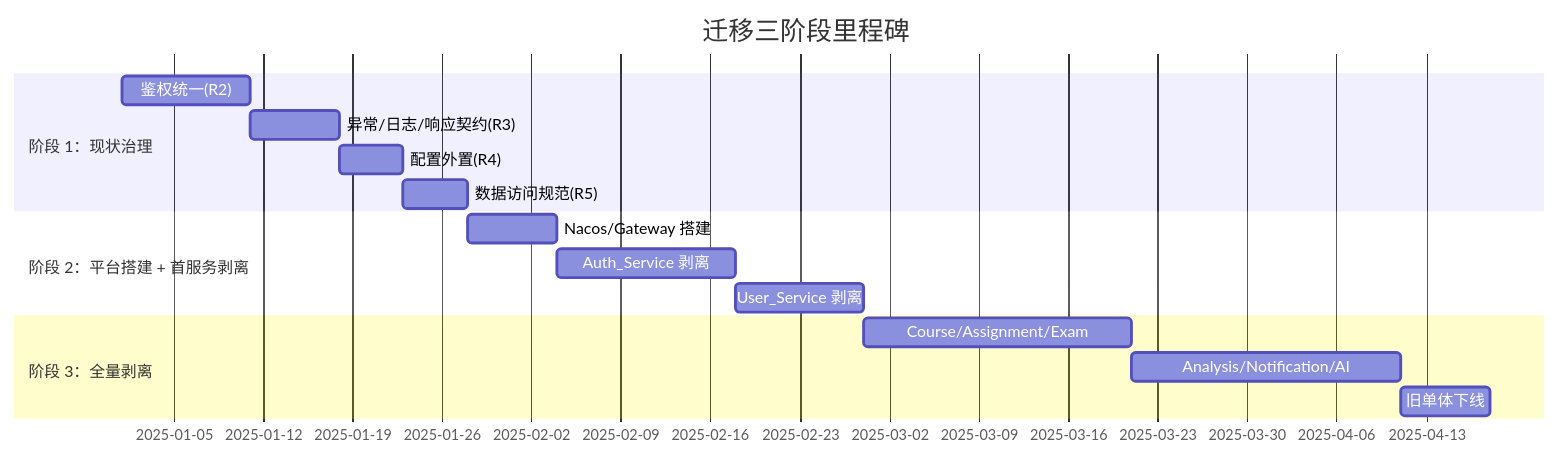
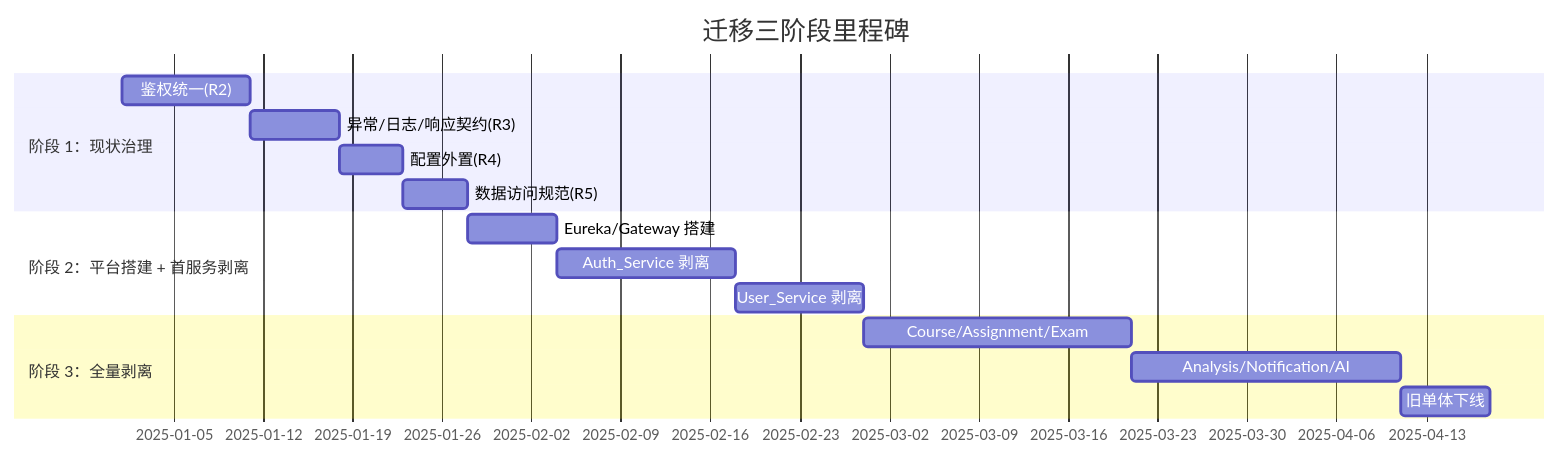
Before and after one commit to zz2338200436/qimo: the ninth of 10 diagrams in .kiro/specs/spring-cloud-migration/design.md, drawn with Mermaid. The commit also changed other lines of this file and 566 other files, not shown here.

````diff
--- a/.kiro/specs/spring-cloud-migration/design.md
+++ b/.kiro/specs/spring-cloud-migration/design.md
@@ -1085,18 +1096,18 @@
 ```mermaid
 gantt
     title 迁移三阶段里程碑
     dateFormat  YYYY-MM-DD
     section 阶段 1：现状治理
     鉴权统一(R2)           :a1, 2025-01-01, 10d
     异常/日志/响应契约(R3)  :a2, after a1, 7d
     配置外置(R4)           :a3, after a2, 5d
     数据访问规范(R5)       :a4, after a3, 5d
     section 阶段 2：平台搭建 + 首服务剥离
-    Nacos/Gateway 搭建      :b1, after a4, 7d
+    Eureka/Gateway 搭建     :b1, after a4, 7d
     Auth_Service 剥离       :b2, after b1, 14d
     User_Service 剥离       :b3, after b2, 10d
     section 阶段 3：全量剥离
     Course/Assignment/Exam  :c1, after b3, 21d
     Analysis/Notification/AI:c2, after c1, 21d
     旧单体下线              :c3, after c2, 7d
 ```
````
